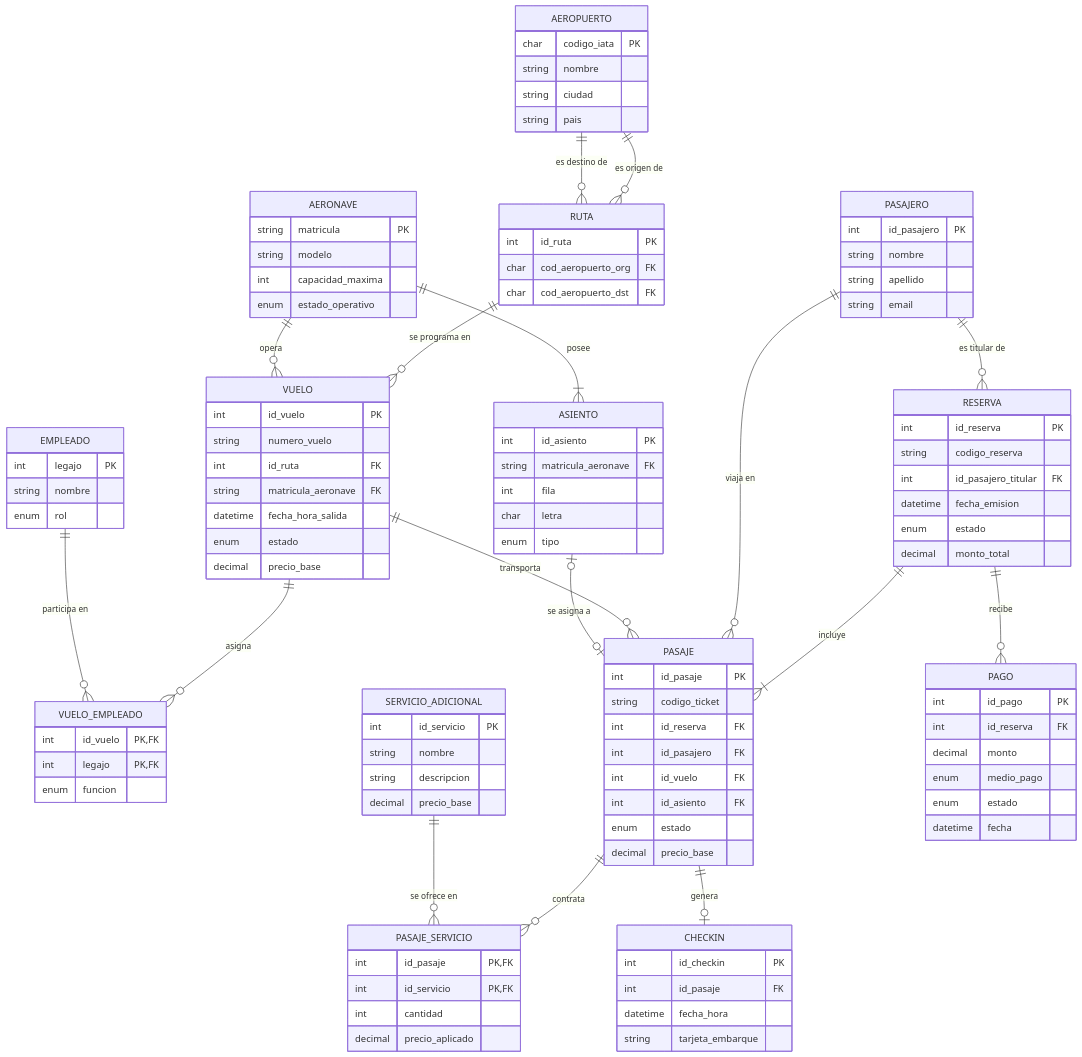
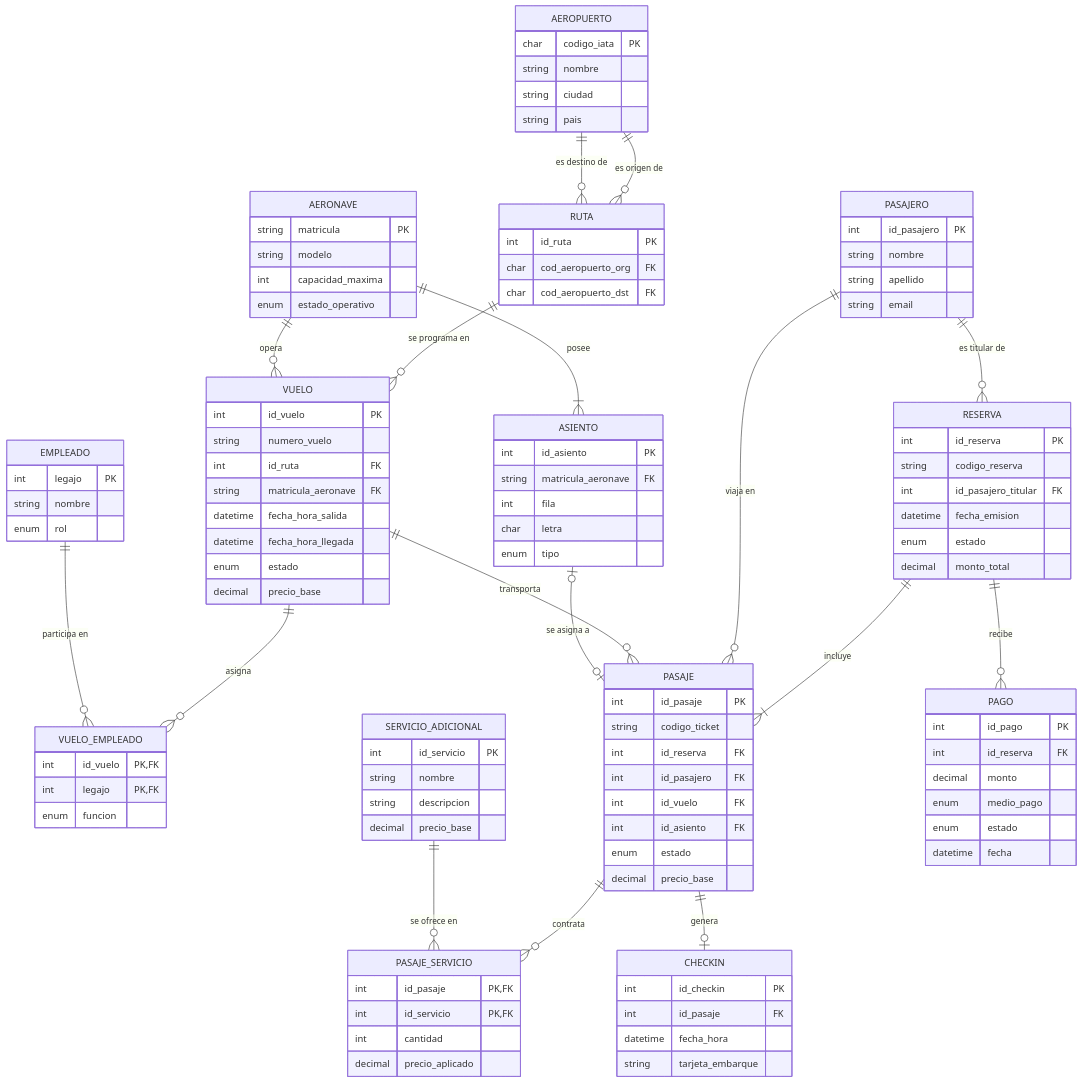
Before and after one commit to MartinPuli/TPFinalDB: the diagram in docs/02_modelo_conceptual.md, drawn with Mermaid. The commit also changed 4 other files, not shown here.

First line of the commit message:
Agregar DER (draw.io + png/svg) y corregir el diagrama conceptual

```diff
--- a/docs/02_modelo_conceptual.md
+++ b/docs/02_modelo_conceptual.md
@@ -36,6 +36,7 @@
         int id_ruta FK
         string matricula_aeronave FK
         datetime fecha_hora_salida
+        datetime fecha_hora_llegada
         enum estado
         decimal precio_base
     }
```
